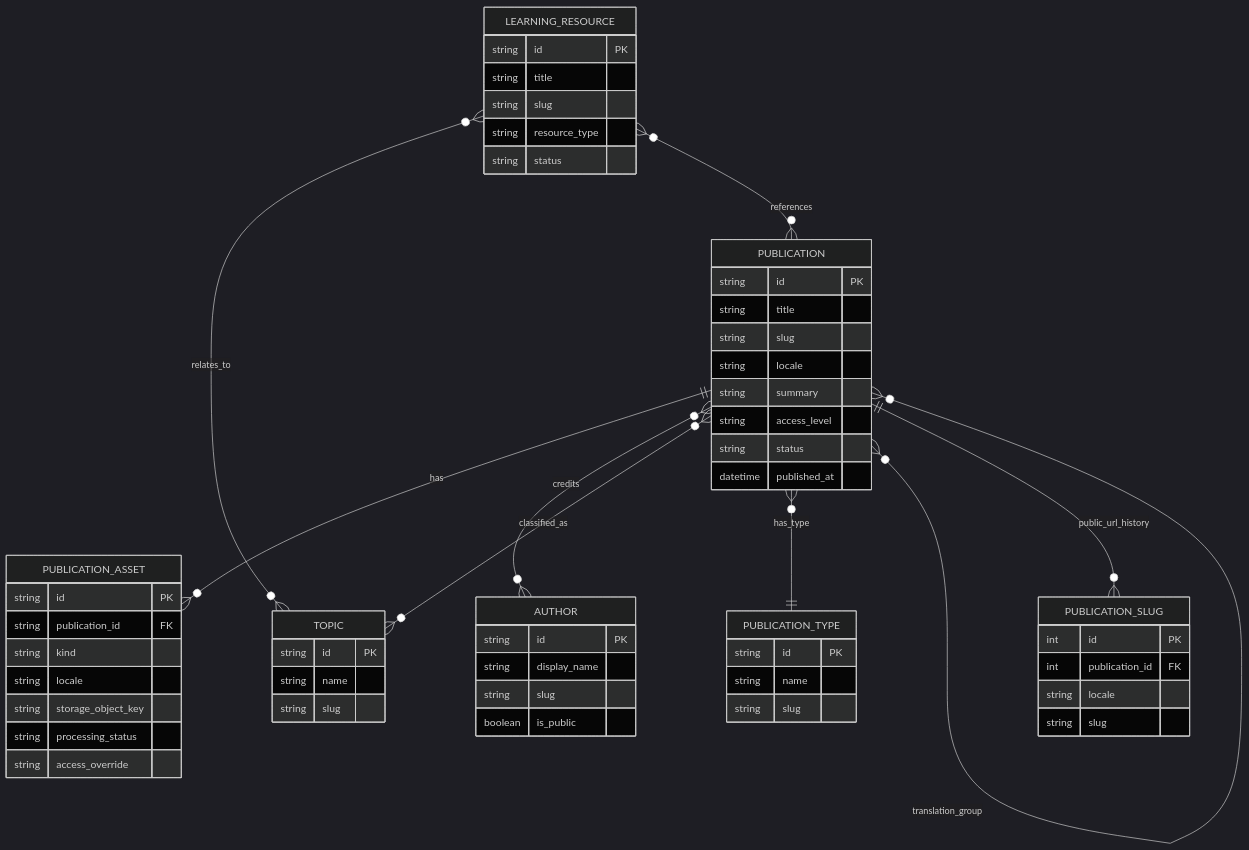
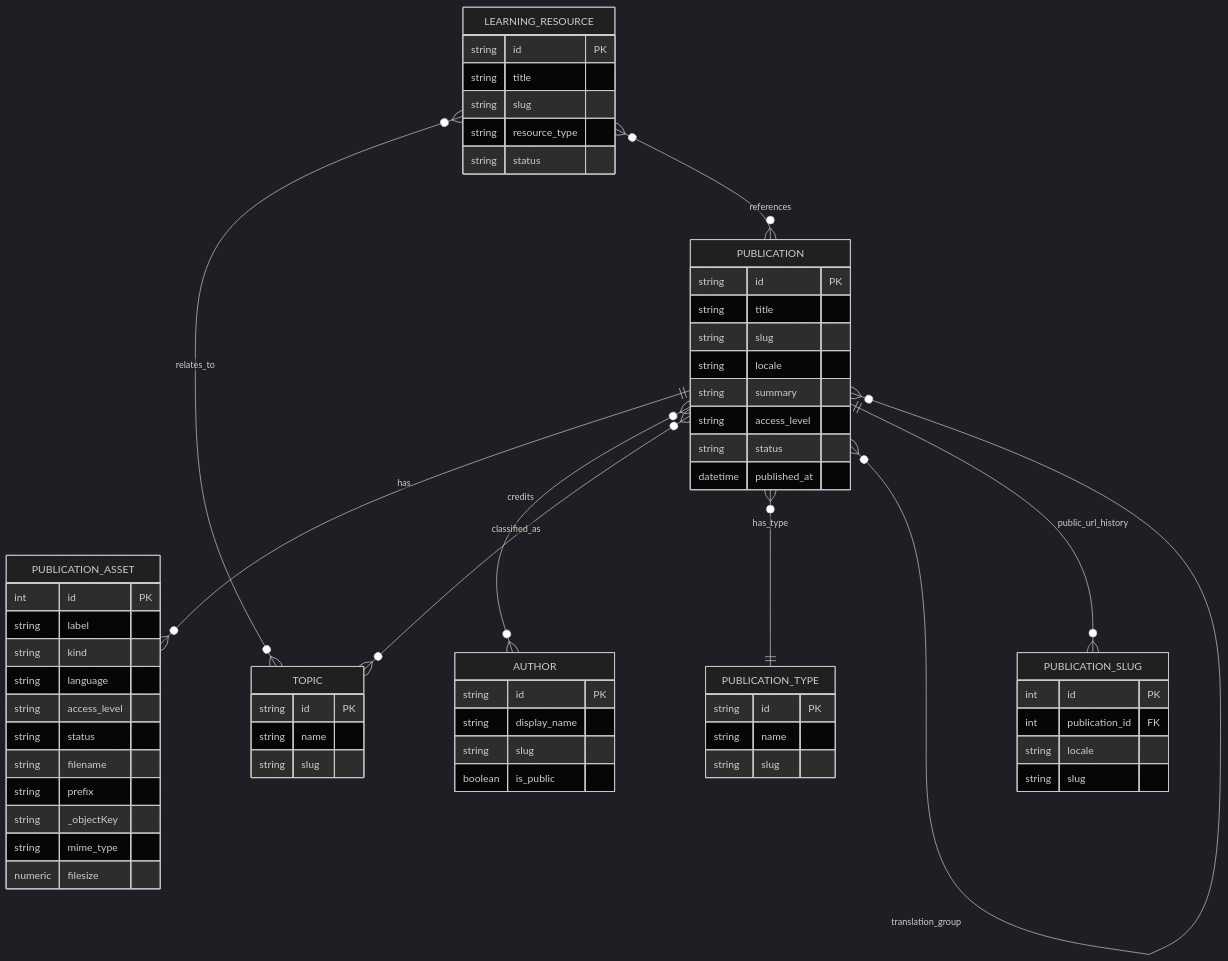
The first of 2 diagrams in docs/architecture/ERD.md (mahira-id/mahira-foundation), drawn with Mermaid (dark theme) before and after one commit. The commit also changed other lines of this file and 9 other files, not shown here.

````diff
--- a/docs/architecture/ERD.md
+++ b/docs/architecture/ERD.md
@@ -8,60 +8,64 @@
 ```mermaid
 erDiagram
   PUBLICATION ||--o{ PUBLICATION_ASSET : has
   PUBLICATION }o--o{ AUTHOR : credits
   PUBLICATION }o--o{ TOPIC : classified_as
   PUBLICATION }o--|| PUBLICATION_TYPE : has_type
   PUBLICATION }o--o{ PUBLICATION : translation_group
   PUBLICATION ||--o{ PUBLICATION_SLUG : public_url_history
   LEARNING_RESOURCE }o--o{ TOPIC : relates_to
   LEARNING_RESOURCE }o--o{ PUBLICATION : references
 
   PUBLICATION {
     string id PK
     string title
     string slug
     string locale
     string summary
     string access_level
     string status
     datetime published_at
   }
   PUBLICATION_SLUG {
     int id PK
     int publication_id FK
     string locale
     string slug
   }
   PUBLICATION_ASSET {
-    string id PK
-    string publication_id FK
+    int id PK
+    string label
     string kind
-    string locale
-    string storage_object_key
-    string processing_status
-    string access_override
+    string language
+    string access_level
+    string status
+    string filename
+    string prefix
+    string _objectKey
+    string mime_type
+    numeric filesize
   }
   AUTHOR {
     string id PK
     string display_name
     string slug
     boolean is_public
   }
   TOPIC {
     string id PK
     string name
     string slug
   }
   PUBLICATION_TYPE {
     string id PK
     string name
     string slug
   }
   LEARNING_RESOURCE {
     string id PK
     string title
     string slug
     string resource_type
     string status
   }
 ```
````
